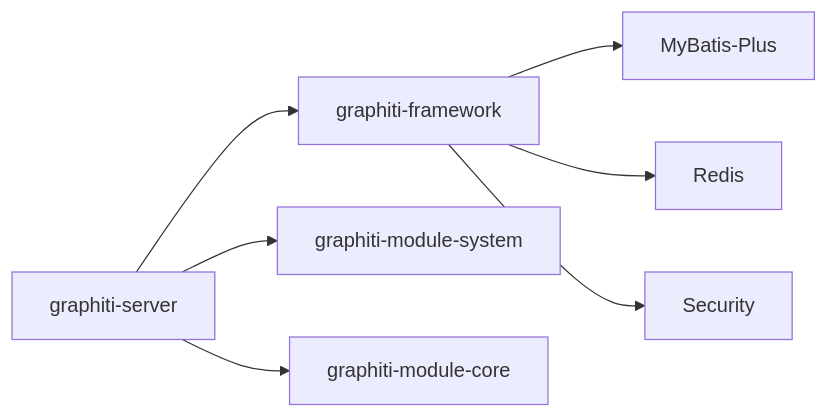
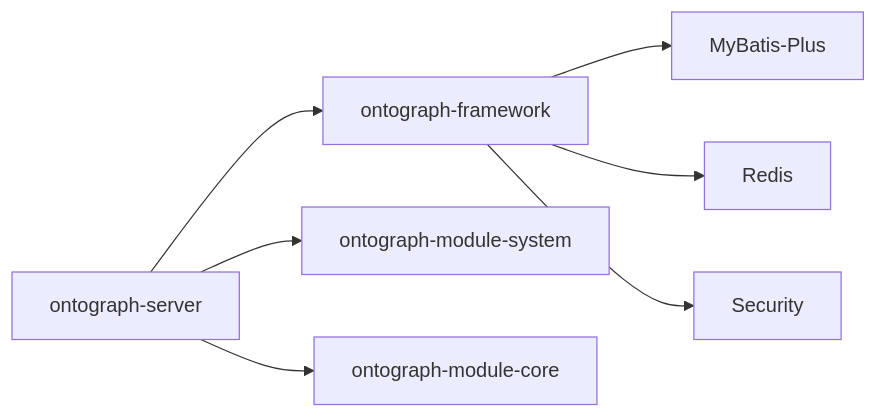
The fifth of 5 diagrams in docs/manual/部署运维/部署运维.md (joezxh/graphiti-java), drawn with Mermaid before and after one commit. The commit also changed other lines of this file and 200 other files, not shown here.

````diff
--- a/docs/manual/部署运维/部署运维.md
+++ b/docs/manual/部署运维/部署运维.md
@@ -292,9 +292,9 @@
 ```mermaid
 graph LR
-SB["graphiti-server"] --> FW["graphiti-framework"]
-SB --> SYS["graphiti-module-system"]
-SB --> CORE["graphiti-module-core"]
+SB["ontograph-server"] --> FW["ontograph-framework"]
+SB --> SYS["ontograph-module-system"]
+SB --> CORE["ontograph-module-core"]
 FW --> MP["MyBatis-Plus"]
 FW --> RS["Redis"]
 FW --> SEC["Security"]
 ```
````
